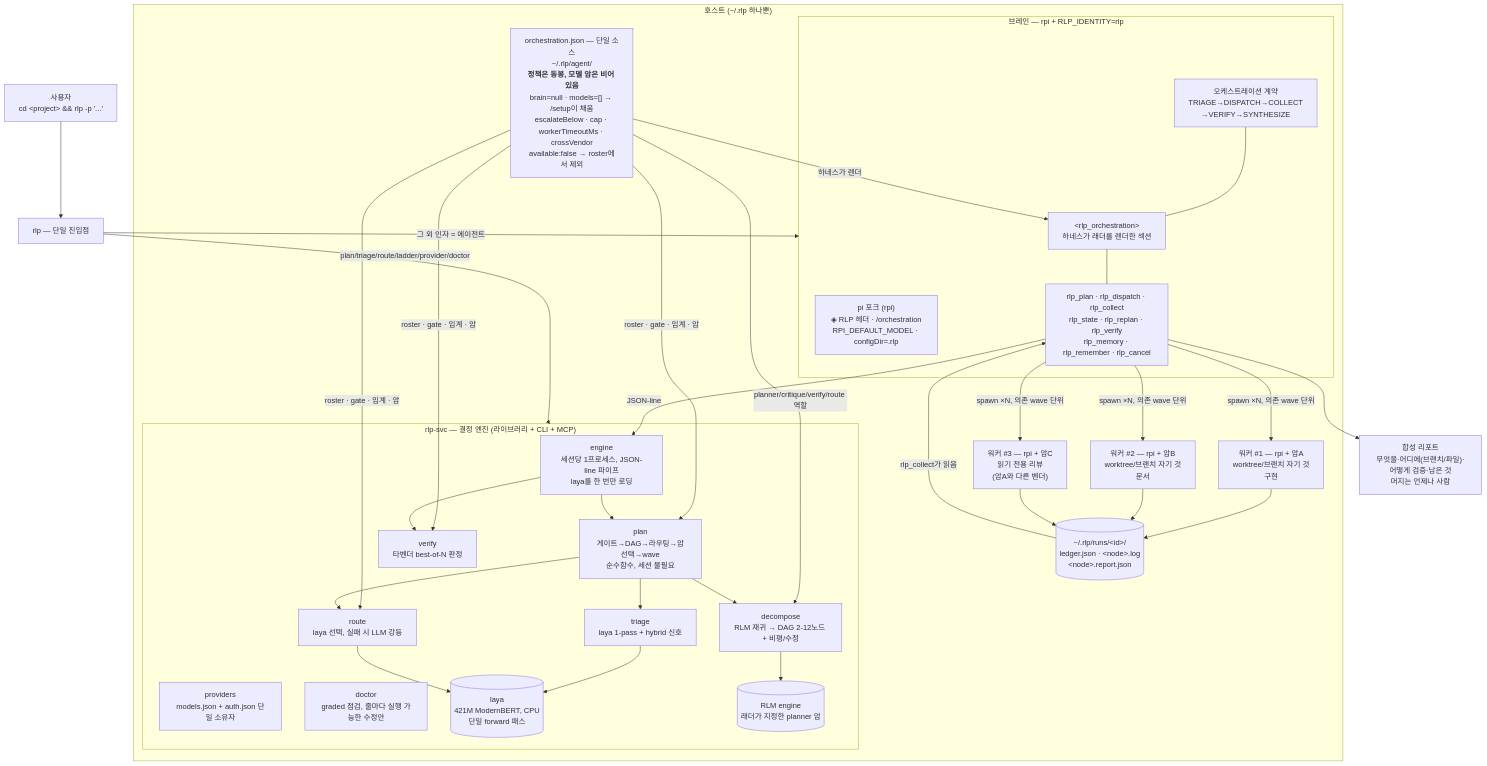
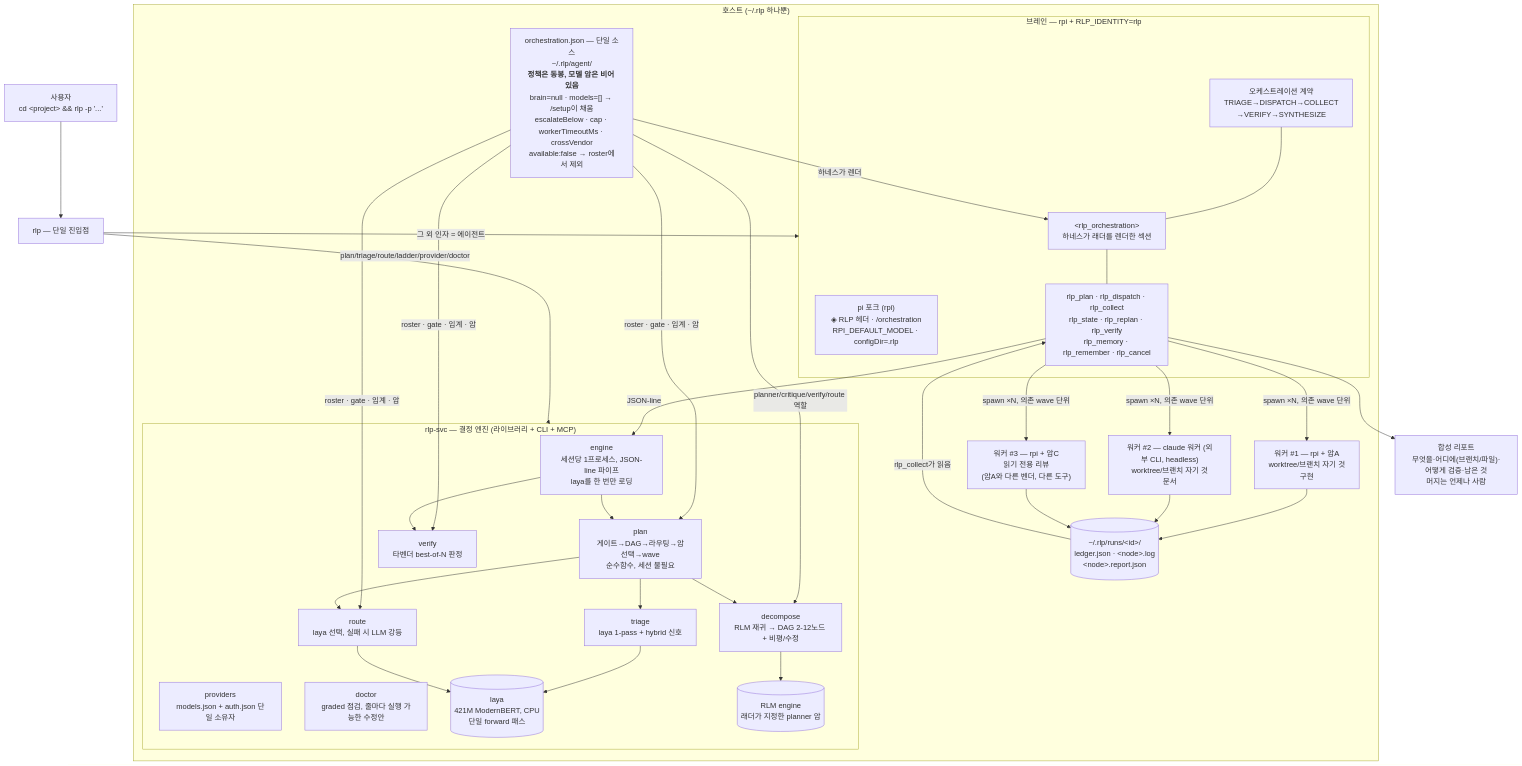
One commit to senghan1992/RLP changed the first of 2 diagrams in docs/ARCHITECTURE.md. Above: the diagram before and after it, drawn with Mermaid. The commit also changed other lines of this file and 6 other files, not shown here.

````diff
--- a/docs/ARCHITECTURE.md
+++ b/docs/ARCHITECTURE.md
@@ -26,49 +28,49 @@
 ```mermaid
 flowchart TB
   USER["사용자<br/>cd &lt;project&gt; && rlp -p '...'"]
   CLI["rlp — 단일 진입점"]
   USER --> CLI
   CLI -->|"plan/triage/route/ladder/provider/doctor"| ripsvc
   CLI -->|"그 외 인자 = 에이전트"| BRAIN
 
   subgraph host["호스트 (~/.rlp 하나뿐)"]
     subgraph BRAIN["브레인 — rpi + RLP_IDENTITY=rlp"]
       FORK["pi 포크 (rpi)<br/>◈ RLP 헤더 · /orchestration<br/>RPI_DEFAULT_MODEL · configDir=.rlp"]
       CONTRACT["오케스트레이션 계약<br/>TRIAGE→DISPATCH→COLLECT<br/>→VERIFY→SYNTHESIZE"]
       SECT["&lt;rlp_orchestration&gt;<br/>하네스가 래더를 렌더한 섹션"]
       TOOLS["rlp_plan · rlp_dispatch · rlp_collect<br/>rlp_state · rlp_replan · rlp_verify<br/>rlp_memory · rlp_remember · rlp_cancel"]
     end
 
     subgraph ripsvc["rlp-svc — 결정 엔진 (라이브러리 + CLI + MCP)"]
       ENG["engine<br/>세션당 1프로세스, JSON-line 파이프<br/>laya를 한 번만 로딩"]
       PLAN["plan<br/>게이트→DAG→라우팅→암선택→wave<br/>순수함수, 세션 불필요"]
       TRI["triage<br/>laya 1-pass + hybrid 신호"]
       DEC["decompose<br/>RLM 재귀 → DAG 2-12노드 + 비평/수정"]
       RT["route<br/>laya 선택, 실패 시 LLM 강등"]
       VER["verify<br/>타벤더 best-of-N 판정"]
       PROV["providers<br/>models.json + auth.json 단일 소유자"]
       DOCT["doctor<br/>graded 점검, 줄마다 실행 가능한 수정안"]
       LAYA[("laya<br/>421M ModernBERT, CPU<br/>단일 forward 패스")]
       RLM[("RLM engine<br/>래더가 지정한 planner 암")]
     end
 
     LADDER["orchestration.json — 단일 소스<br/>~/.rlp/agent/<br/><b>정책은 동봉, 모델 암은 비어 있음</b><br/>brain=null · models=[] → /setup이 채움<br/>escalateBelow · cap · workerTimeoutMs · crossVendor<br/>available:false → roster에서 제외"]
 
     WK1["워커 #1 — rpi + 암A<br/>worktree/브랜치 자기 것<br/>구현"]
-    WK2["워커 #2 — rpi + 암B<br/>worktree/브랜치 자기 것<br/>문서"]
-    WK3["워커 #3 — rpi + 암C<br/>읽기 전용 리뷰<br/>(암A와 다른 벤더)"]
+    WK2["워커 #2 — claude 워커 (외부 CLI, headless)<br/>worktree/브랜치 자기 것<br/>문서"]
+    WK3["워커 #3 — rpi + 암C<br/>읽기 전용 리뷰<br/>(암A와 다른 벤더, 다른 도구)"]
     RUNS[("~/.rlp/runs/&lt;id&gt;/<br/>ledger.json · &lt;node&gt;.log<br/>&lt;node&gt;.report.json")]
   end
 
   CONTRACT --- SECT --- TOOLS
   LADDER -->|"하네스가 렌더"| SECT
   LADDER -->|"roster · gate · 임계 · 암"| PLAN & RT & VER
   LADDER -->|"planner/critique/verify/route 역할"| DEC
   TOOLS -->|"JSON-line"| ENG --> PLAN & VER
   PLAN --> TRI & DEC & RT
   TRI & RT --> LAYA
   DEC --> RLM
   TOOLS -->|"spawn ×N, 의존 wave 단위"| WK1 & WK2 & WK3
   WK1 & WK2 & WK3 --> RUNS -->|"rlp_collect가 읽음"| TOOLS
   TOOLS --> SYN["합성 리포트<br/>무엇을·어디에(브랜치/파일)·어떻게 검증·남은 것<br/>머지는 언제나 사람"]
 ```
````
